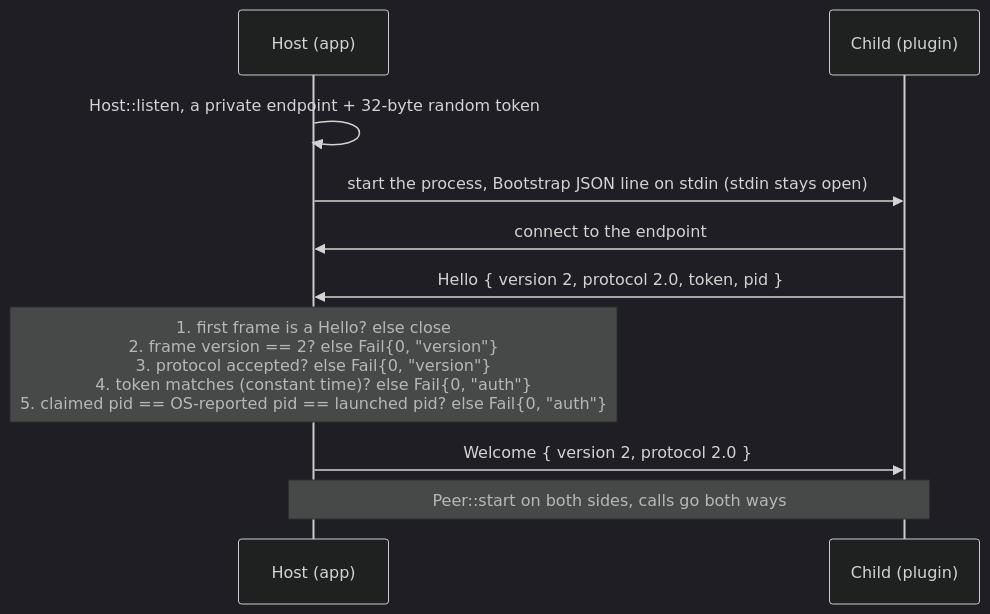
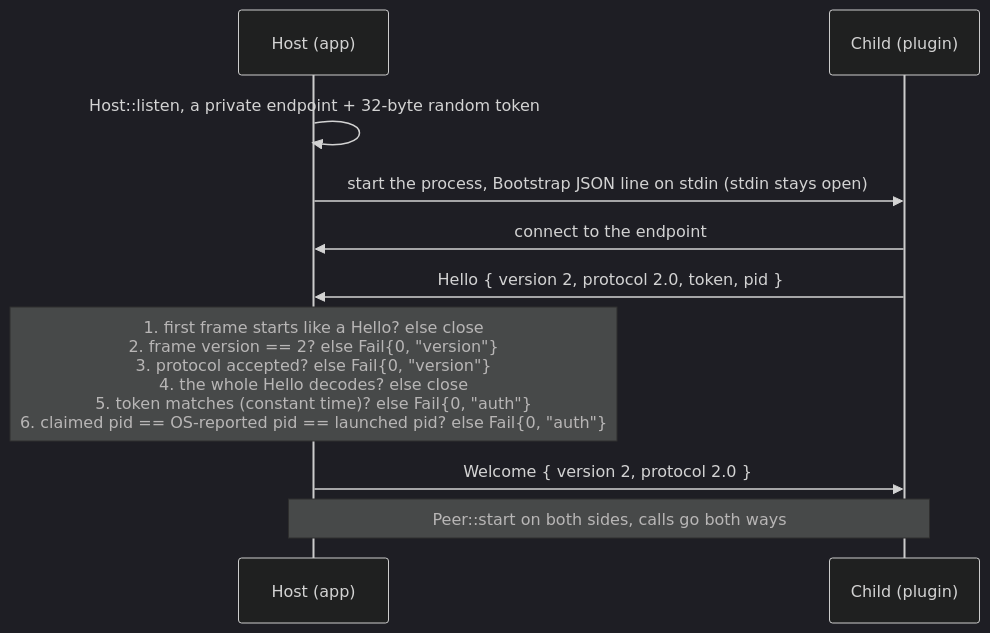
The first of 4 diagrams in docs/ipc-wire.md (decryp7/paddock), drawn with Mermaid (dark theme) before and after one commit. The commit also changed other lines of this file, not shown here.

````diff
--- a/docs/ipc-wire.md
+++ b/docs/ipc-wire.md
@@ -286,12 +288,12 @@
 ```mermaid
 sequenceDiagram
     participant H as Host (app)
     participant C as Child (plugin)
     H->>H: Host::listen, a private endpoint + 32-byte random token
     H->>C: start the process, Bootstrap JSON line on stdin (stdin stays open)
     C->>H: connect to the endpoint
     C->>H: Hello { version 2, protocol 2.0, token, pid }
-    Note over H: 1. first frame is a Hello? else close<br/>2. frame version == 2? else Fail{0, "version"}<br/>3. protocol accepted? else Fail{0, "version"}<br/>4. token matches (constant time)? else Fail{0, "auth"}<br/>5. claimed pid == OS-reported pid == launched pid? else Fail{0, "auth"}
+    Note over H: 1. first frame starts like a Hello? else close<br/>2. frame version == 2? else Fail{0, "version"}<br/>3. protocol accepted? else Fail{0, "version"}<br/>4. the whole Hello decodes? else close<br/>5. token matches (constant time)? else Fail{0, "auth"}<br/>6. claimed pid == OS-reported pid == launched pid? else Fail{0, "auth"}
     H->>C: Welcome { version 2, protocol 2.0 }
     Note over H,C: Peer::start on both sides, calls go both ways
 ```
````
